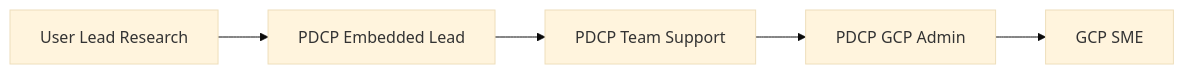
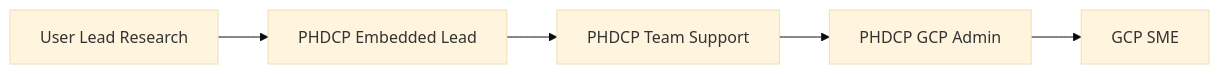
One commit to PHACDataHub/Wiki changed the diagram in Cloud-Support.md. Above: the diagram before and after it, drawn with Mermaid (base theme). The commit also changed other lines of this file, not shown here.

First line of the commit message:
Update Cloud-Support.md

````diff
--- a/Cloud-Support.md
+++ b/Cloud-Support.md
@@ -16,7 +16,7 @@
 ```mermaid
 graph LR
-A[User Lead Research] --> B[PDCP Embedded Lead]
-B --> C[PDCP Team Support]
-C --> D[PDCP GCP Admin]
+A[User Lead Research] --> B[PHDCP Embedded Lead]
+B --> C[PHDCP Team Support]
+C --> D[PHDCP GCP Admin]
 D --> E[GCP SME]
 ```
````
